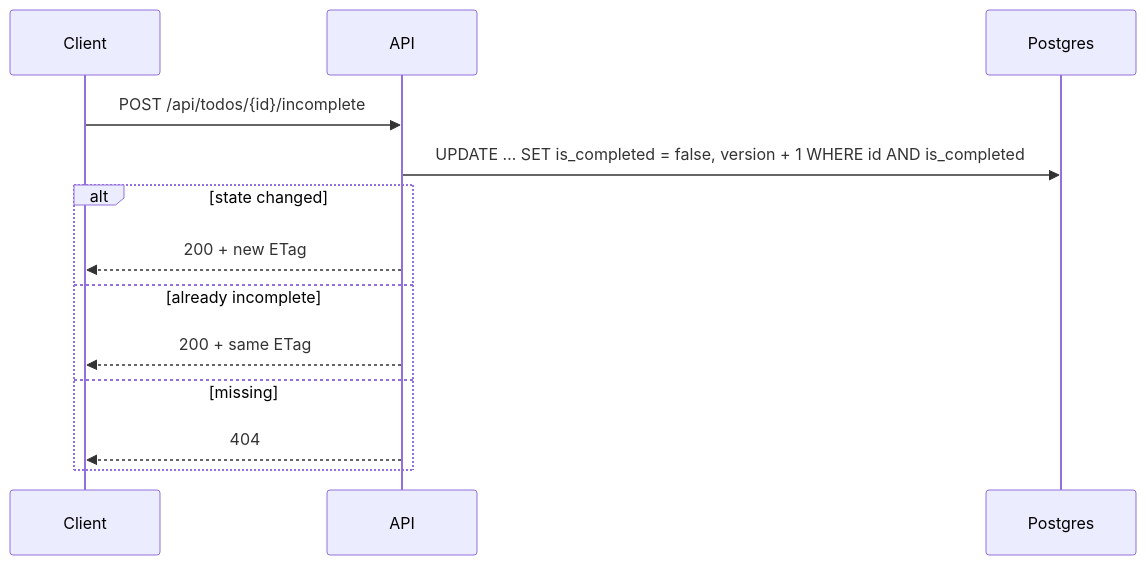
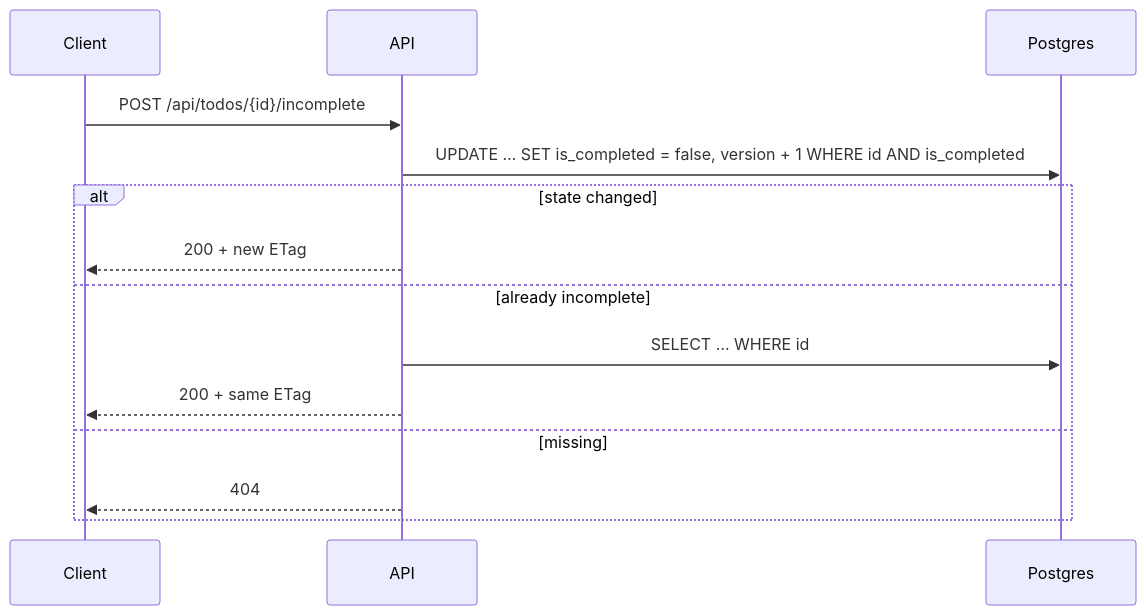
Before and after one commit to charlesmalo/FociToDo: the sixth of 7 diagrams in docs/api.md, drawn with Mermaid. The commit also changed other lines of this file and 25 other files, not shown here.

First line of the commit message:
docs(diagrams): match the wireframes and diagrams to the current UI and API

````diff
--- a/docs/api.md
+++ b/docs/api.md
@@ -206,15 +207,16 @@
 ```mermaid
 sequenceDiagram
   participant C as Client
   participant A as API
   participant DB as Postgres
   C->>A: POST /api/todos/{id}/incomplete
   A->>DB: UPDATE … SET is_completed = false, version + 1 WHERE id AND is_completed
   alt state changed
     A-->>C: 200 + new ETag
   else already incomplete
+    A->>DB: SELECT … WHERE id
     A-->>C: 200 + same ETag
   else missing
     A-->>C: 404
   end
 ```
````
